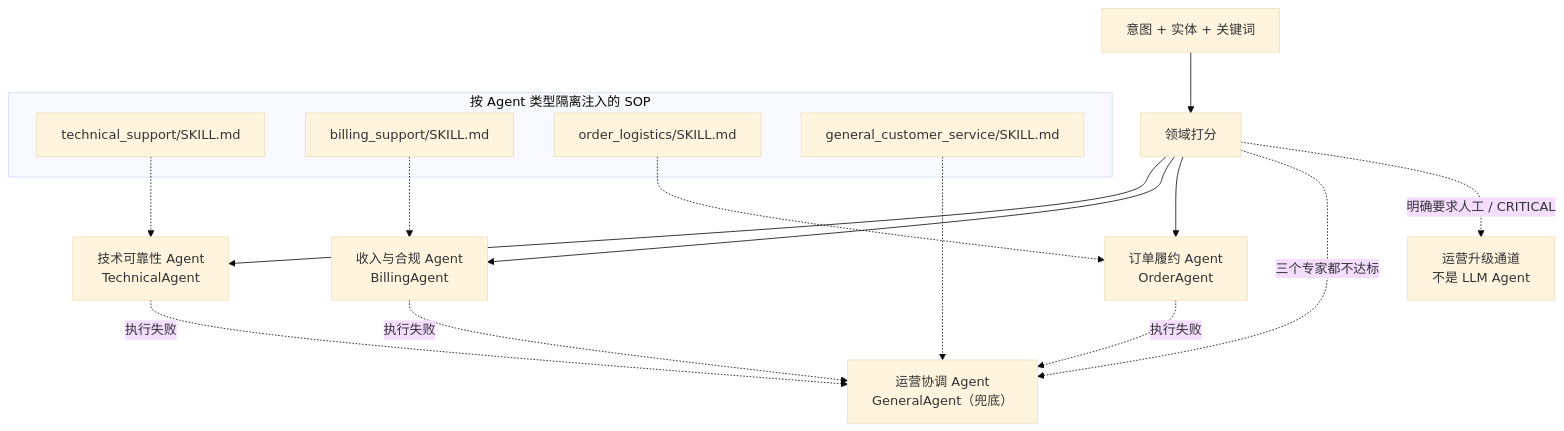
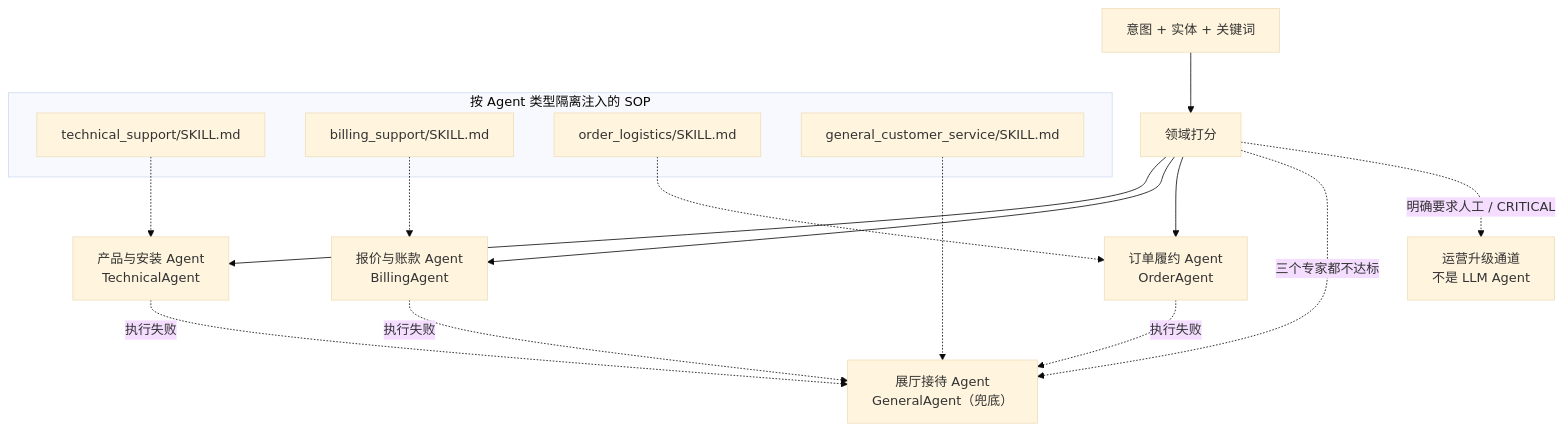
One commit to heyemlee/ai-helpdesk changed the third of 6 diagrams in docs/architecture.md. Above: the diagram before and after it, drawn with Mermaid (base theme). The commit also changed other lines of this file and 3 other files, not shown here.

First line of the commit message:
docs: redraw the architecture as a five-stage agent loop

````diff
--- a/docs/architecture.md
+++ b/docs/architecture.md
@@ -62,26 +71,26 @@
 ```mermaid
 flowchart TD
     I[意图 + 实体 + 关键词] --> S[领域打分]
 
-    S --> T["技术可靠性 Agent<br/>TechnicalAgent"]
-    S --> B["收入与合规 Agent<br/>BillingAgent"]
+    S --> T["产品与安装 Agent<br/>TechnicalAgent"]
+    S --> B["报价与账款 Agent<br/>BillingAgent"]
     S --> O["订单履约 Agent<br/>OrderAgent"]
-    S -.三个专家都不达标.-> G["运营协调 Agent<br/>GeneralAgent（兜底）"]
+    S -.三个专家都不达标.-> G["展厅接待 Agent<br/>GeneralAgent（兜底）"]
 
     T -.执行失败.-> G
     B -.执行失败.-> G
     O -.执行失败.-> G
 
     S -.明确要求人工 / CRITICAL.-> H["运营升级通道<br/>不是 LLM Agent"]
 
     subgraph SK[按 Agent 类型隔离注入的 SOP]
         SK1[technical_support/SKILL.md]
         SK2[billing_support/SKILL.md]
         SK3[order_logistics/SKILL.md]
         SK4[general_customer_service/SKILL.md]
     end
     SK1 -.-> T
     SK2 -.-> B
     SK3 -.-> O
     SK4 -.-> G
 ```
````
